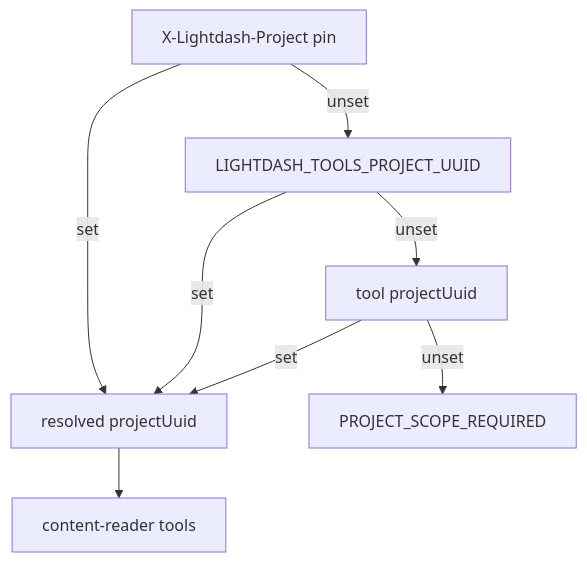
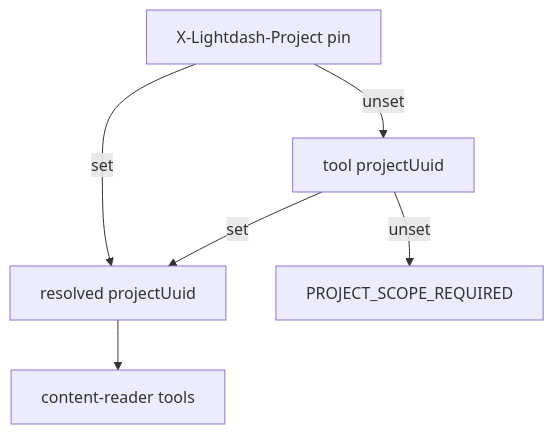
The diagram in docs/adr/0012-mcp-content-reader-persona-saved-content-execution-boundary.md (yu-iskw/lightdash-tools), drawn with Mermaid before and after one commit. The commit also changed other lines of this file and 36 other files, not shown here.

First line of the commit message:
feat(mcp): share LIGHTDASH_TOOLS_ALLOWED_PROJECTS with CLI

````diff
--- a/docs/adr/0012-mcp-content-reader-persona-saved-content-execution-boundary.md
+++ b/docs/adr/0012-mcp-content-reader-persona-saved-content-execution-boundary.md
@@ -46,10 +46,8 @@
 ```mermaid
 flowchart TD
   pin[X-Lightdash-Project pin] -->|set| scope[resolved projectUuid]
-  pin -->|unset| env[LIGHTDASH_TOOLS_PROJECT_UUID]
-  env -->|set| scope
-  env -->|unset| arg[tool projectUuid]
+  pin -->|unset| arg[tool projectUuid]
   arg -->|set| scope
   arg -->|unset| err[PROJECT_SCOPE_REQUIRED]
   scope --> tools[content-reader tools]
 ```
````
